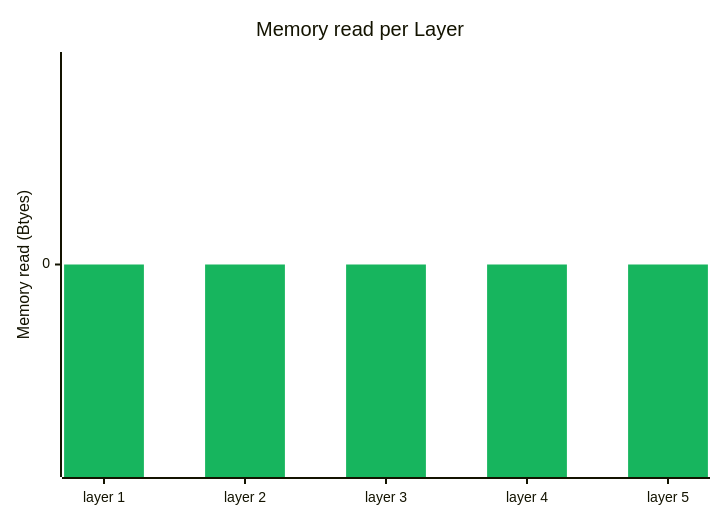
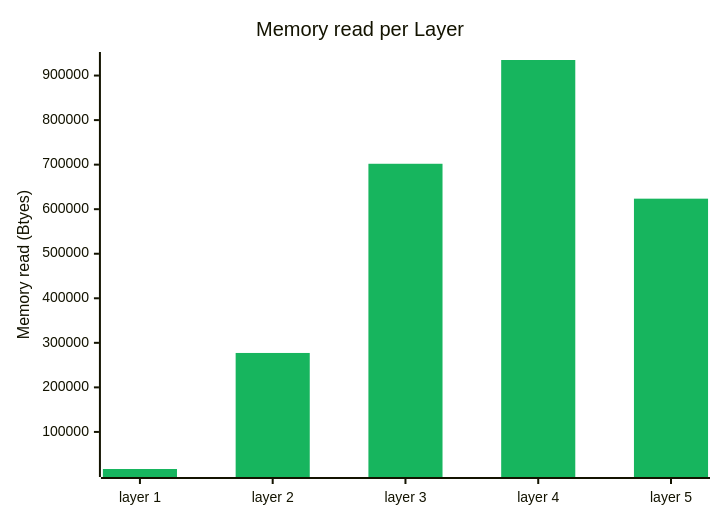
One commit to Jackiempty/AoC_Lab changed the second of 3 diagrams in lab5/report.md. Above: the diagram before and after it, drawn with Mermaid. The commit also changed other lines of this file and 5 other files, not shown here.

````diff
--- a/lab5/report.md
+++ b/lab5/report.md
@@ -59,14 +82,14 @@
     ```mermaid
     %%{init: {
     "themeVariables": {
         "xyChart": {
         "plotColorPalette": "#17b55e"
         }
     }
     }}%%
     xychart-beta
         title "Memory read per Layer"
         x-axis ["layer 1", "layer 2", "layer 3", "layer 4", "layer 5"]
         y-axis "Memory read (Btyes)"
-        bar [0, 0, 0, 0, 0]
+        bar [16768, 277248, 701952, 934912, 623616]
     ```
````
